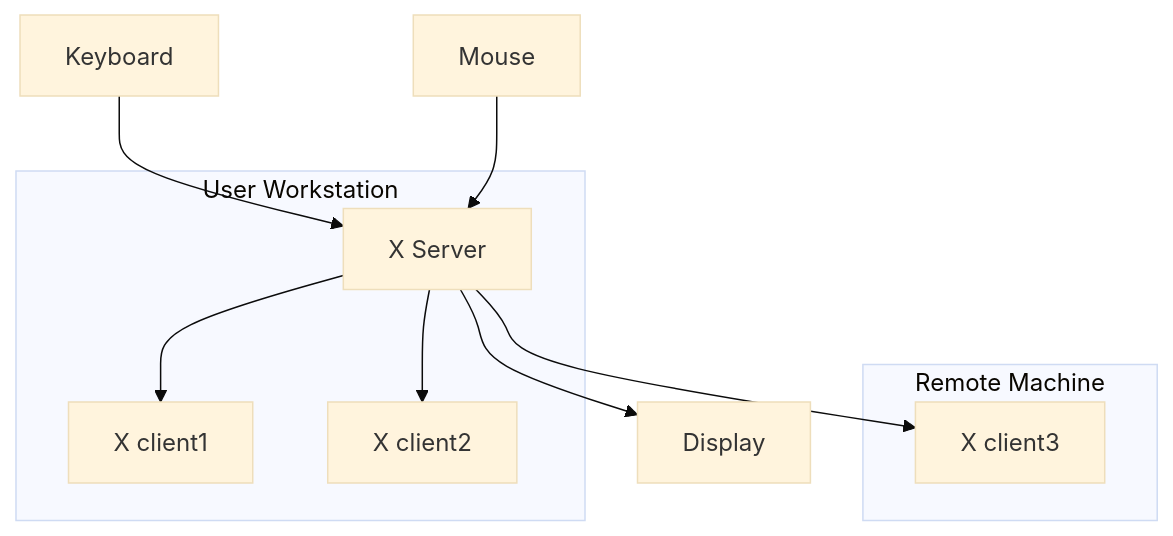
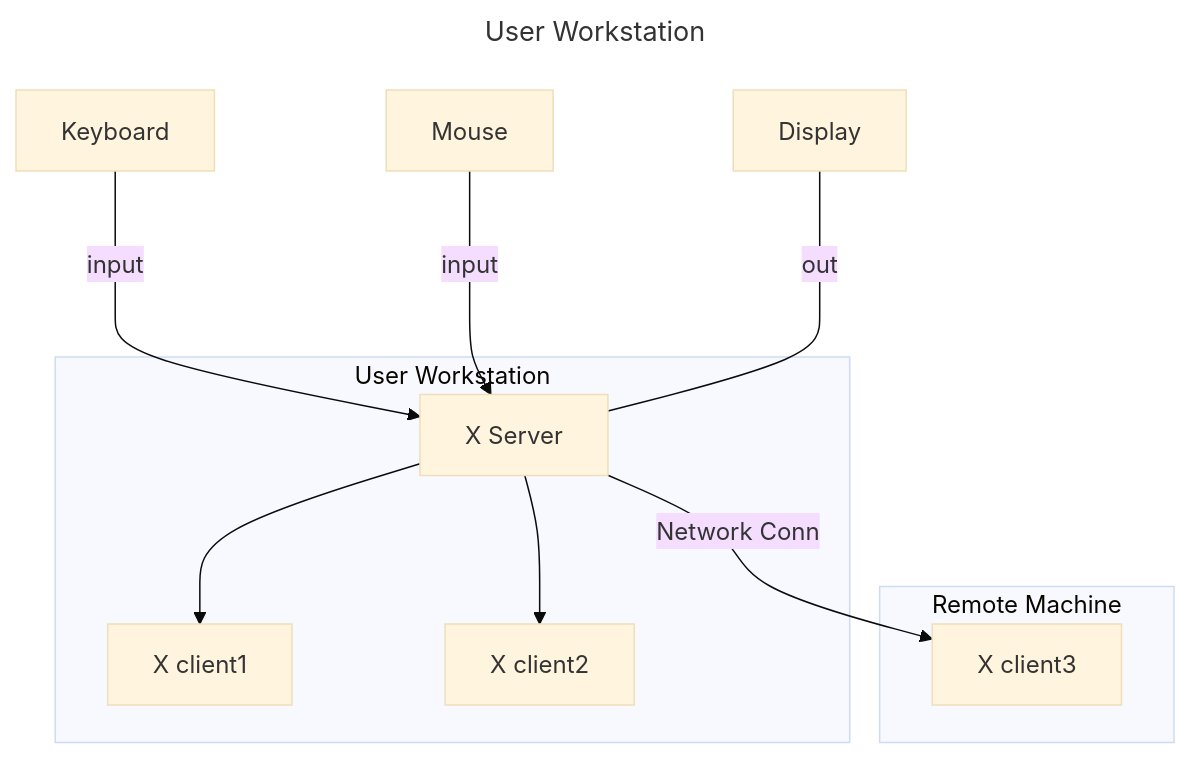
The diagram in minilibx.md (paulorsfaria/42_Fractol_Resources), drawn with Mermaid (base theme) before and after one commit. The commit also changed other lines of this file, not shown here.

Commit message:
minilibx.md : X client-server graph tweaks

````diff
--- a/minilibx.md
+++ b/minilibx.md
@@ -17,18 +17,21 @@
 ```mermaid
+---
+title: User Workstation
+---
 flowchart TB
+	Display[Display]
 	Keys[Keyboard]
 	Mouse[Mouse]
 
-	Keys[Keyboard] --> Xserv[X Server]
-	Mouse[Mouse] --> Xserv
-	Xserv --> Display
+	Keys[Keyboard] --->|input| Xserv[X Server]
+	Mouse[Mouse] --->|input| Xserv
+		Display[Display] <---|out| Xserv
 	subgraph W[User Workstation]
 		Xserv[X Server]
 		Xserv --> X-client[X client1]
 		Xserv --> X-client2[X client2]
 	end
 	subgraph Remote Machine
-		Xserv --> X-client3[X client3]
-		X-client3
+		Xserv -->|Network Conn| X-client3[X client3]
 	end
 ```
````
